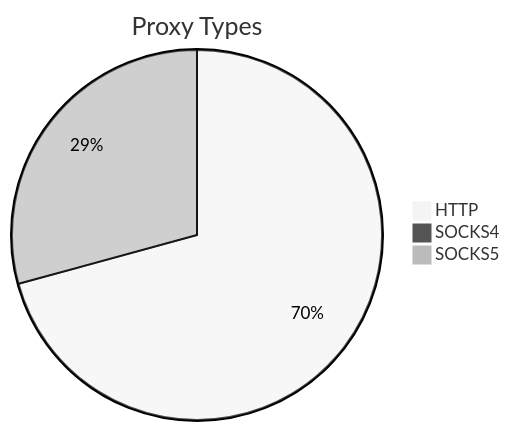
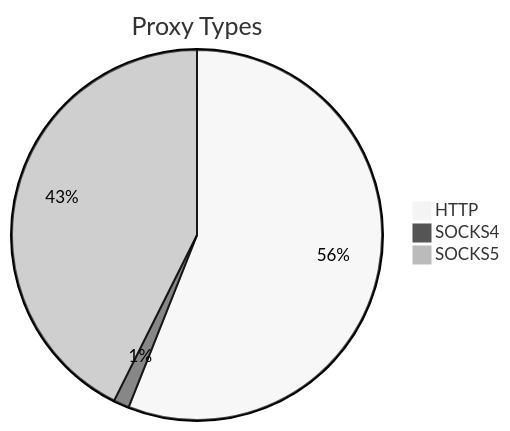
Before and after one commit to stormsia/proxy-list: the first of 2 diagrams in README.md, drawn with Mermaid (neutral theme). The commit also changed other lines of this file, not shown here.

````diff
--- a/README.md
+++ b/README.md
@@ -21,6 +21,6 @@
 ```mermaid
 pie title Proxy Types
-    "HTTP" : 1546
-    "SOCKS4" : 22
-    "SOCKS5" : 639
+    "HTTP" : 1593
+    "SOCKS4" : 39
+    "SOCKS5" : 1212
 ```
````
